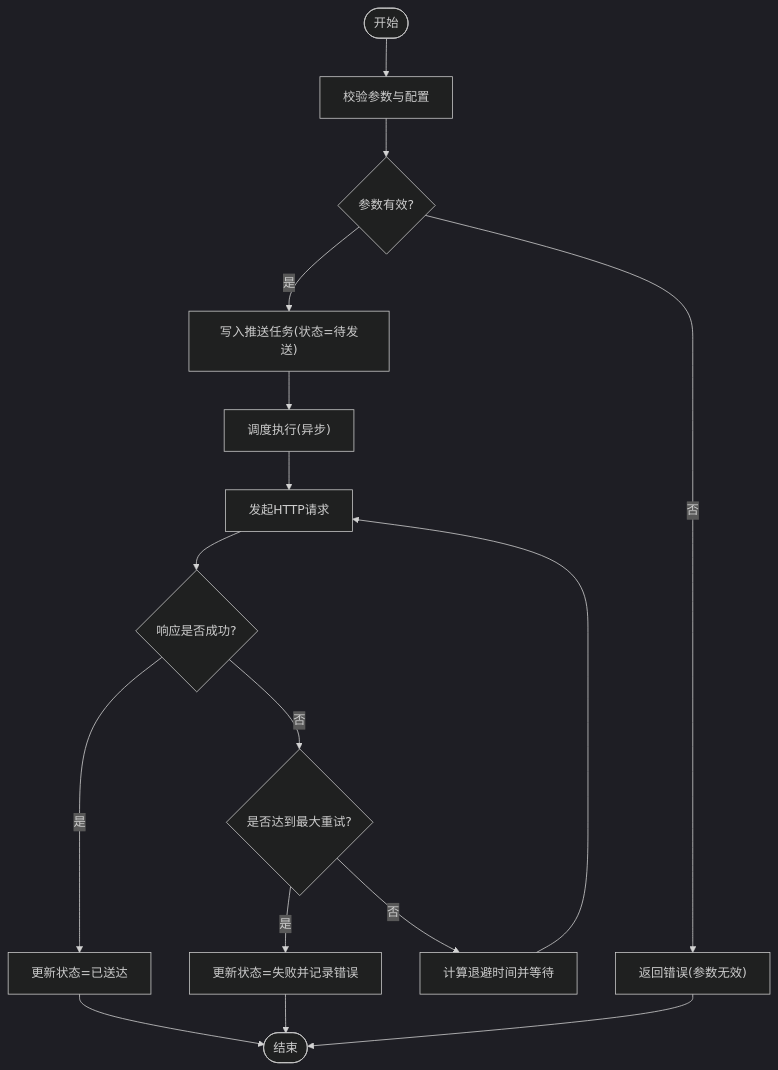
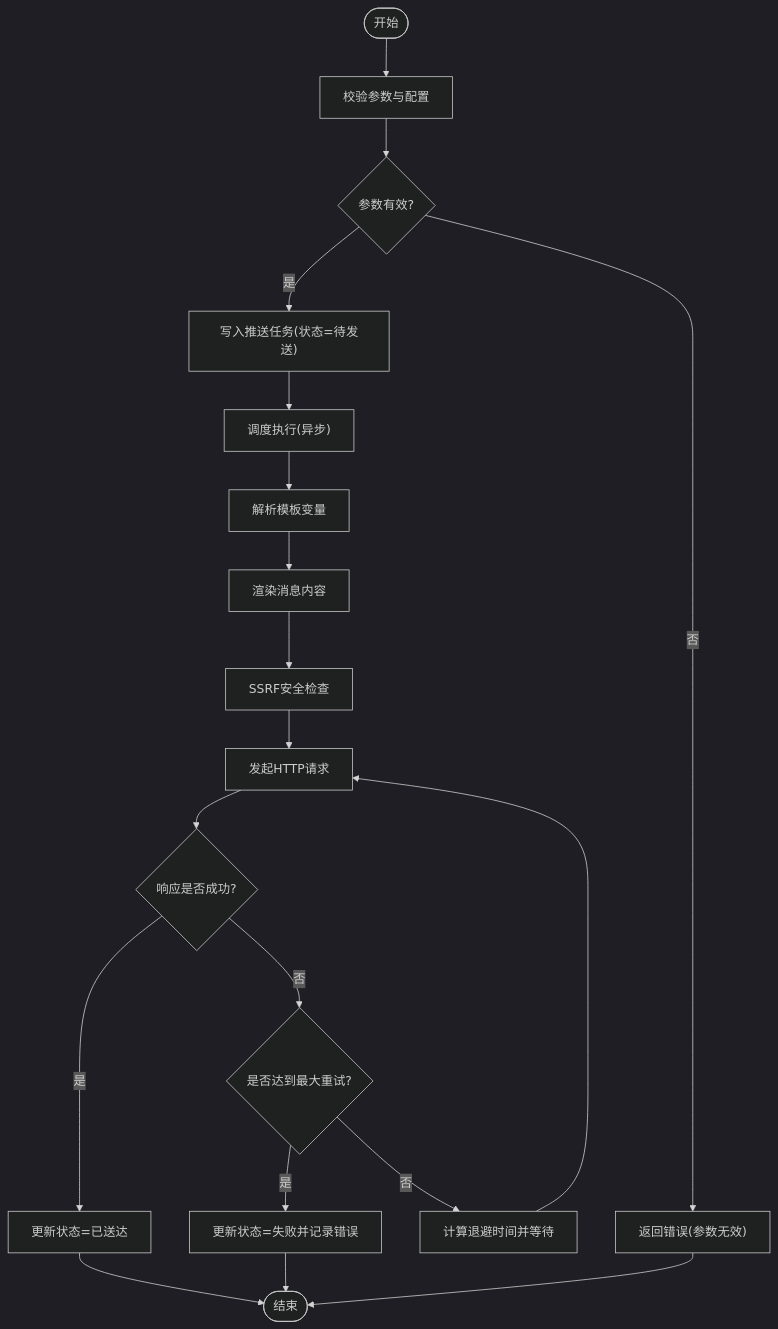
Before and after one commit to onebody/homework: the third of 4 diagrams in .qoder/repowiki/zh/content/暑假作业打卡系统/后端服务架构/服务层架构/Webhook推送服务.md, drawn with Mermaid (dark theme). The commit also changed other lines of this file and 15 other files, not shown here.

````diff
--- a/.qoder/repowiki/zh/content/暑假作业打卡系统/后端服务架构/服务层架构/Webhook推送服务.md
+++ b/.qoder/repowiki/zh/content/暑假作业打卡系统/后端服务架构/服务层架构/Webhook推送服务.md
@@ -164,18 +199,21 @@
 ```mermaid
 flowchart TD
 Start(["开始"]) --> Validate["校验参数与配置"]
 Validate --> Valid{"参数有效?"}
 Valid --> |否| Err["返回错误(参数无效)"]
 Valid --> |是| Enqueue["写入推送任务(状态=待发送)"]
 Enqueue --> Dispatch["调度执行(异步)"]
-Dispatch --> Request["发起HTTP请求"]
+Dispatch --> ParseTemplate["解析模板变量"]
+ParseTemplate --> RenderMsg["渲染消息内容"]
+RenderMsg --> SecurityCheck["SSRF安全检查"]
+SecurityCheck --> Request["发起HTTP请求"]
 Request --> Resp{"响应是否成功?"}
 Resp --> |是| UpdateOK["更新状态=已送达"]
 Resp --> |否| RetryCheck{"是否达到最大重试?"}
 RetryCheck --> |否| Backoff["计算退避时间并等待"]
 Backoff --> Request
 RetryCheck --> |是| MarkFail["更新状态=失败并记录错误"]
 UpdateOK --> End(["结束"])
 MarkFail --> End
 Err --> End
 ```
````
